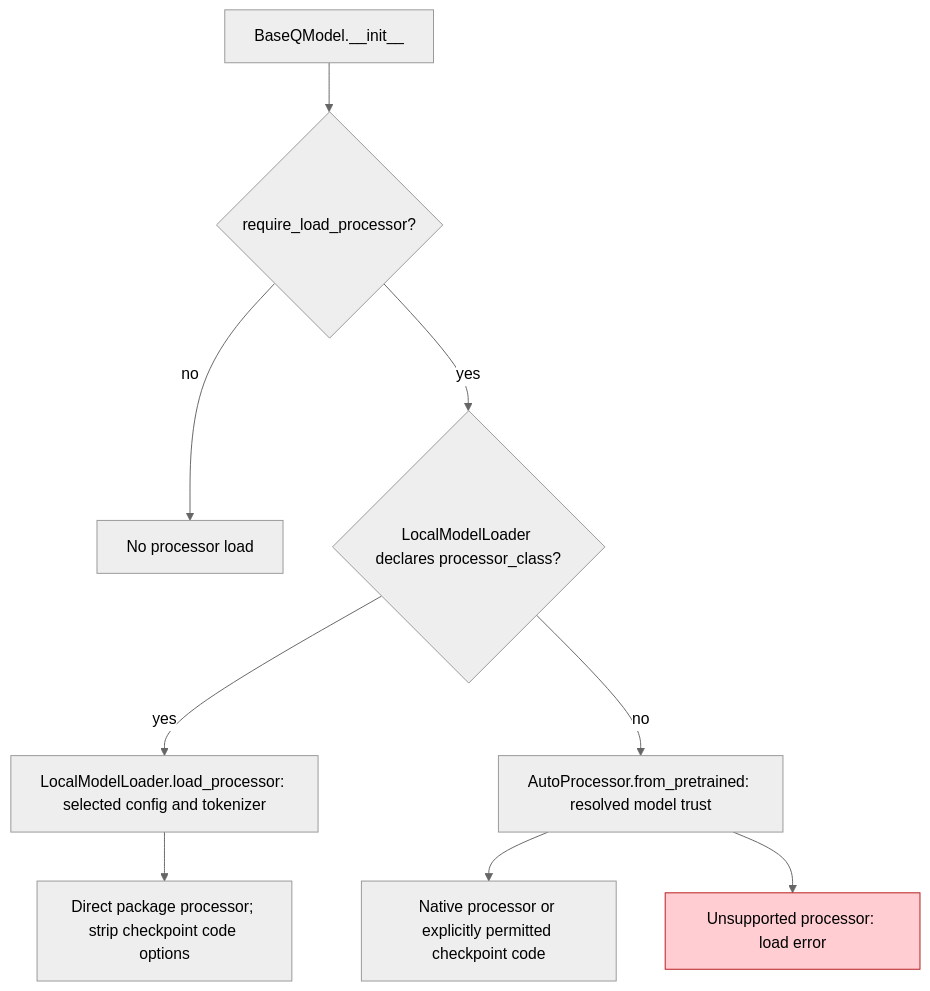
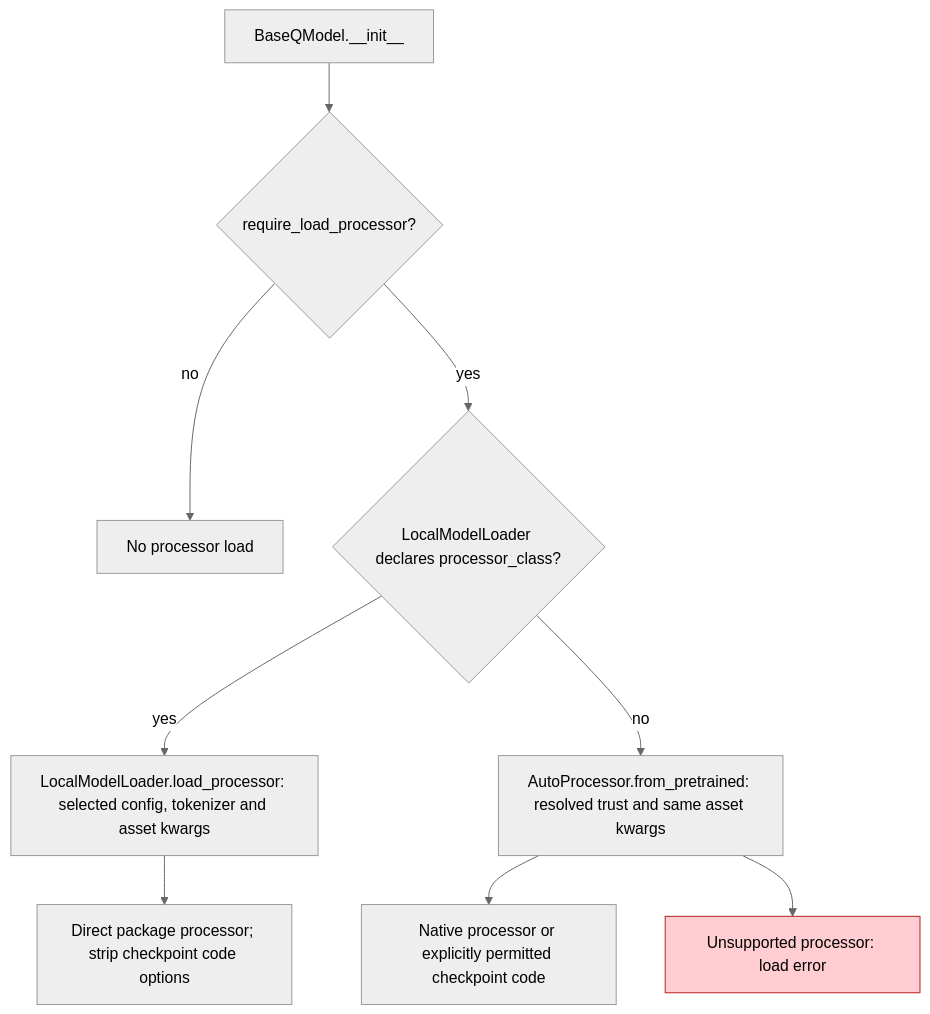
Before and after one commit to ModelCloud/GPTQModel: the fifth of 5 diagrams in docs/trust-remote-code-isolation.md, drawn with Mermaid (neutral theme). The commit also changed other lines of this file and 3 other files, not shown here.

Commit message:
Preserve processor asset selection through model wrapper construction

````diff
--- a/docs/trust-remote-code-isolation.md
+++ b/docs/trust-remote-code-isolation.md
@@ -119,12 +119,12 @@
 ```mermaid
 flowchart TD
     A["BaseQModel.__init__"] --> B{"require_load_processor?"}
     B -- no --> C["No processor load"]
     B -- yes --> D{"LocalModelLoader declares processor_class?"}
-    D -- yes --> E["LocalModelLoader.load_processor: selected config and tokenizer"]
+    D -- yes --> E["LocalModelLoader.load_processor: selected config, tokenizer and asset kwargs"]
     E --> F["Direct package processor; strip checkpoint code options"]
-    D -- no --> G["AutoProcessor.from_pretrained: resolved model trust"]
+    D -- no --> G["AutoProcessor.from_pretrained: resolved trust and same asset kwargs"]
     G --> H["Native processor or explicitly permitted checkpoint code"]
     G --> I["Unsupported processor: load error"]
     style I fill:#ffcdd2,stroke:#b71c1c
 ```
````
